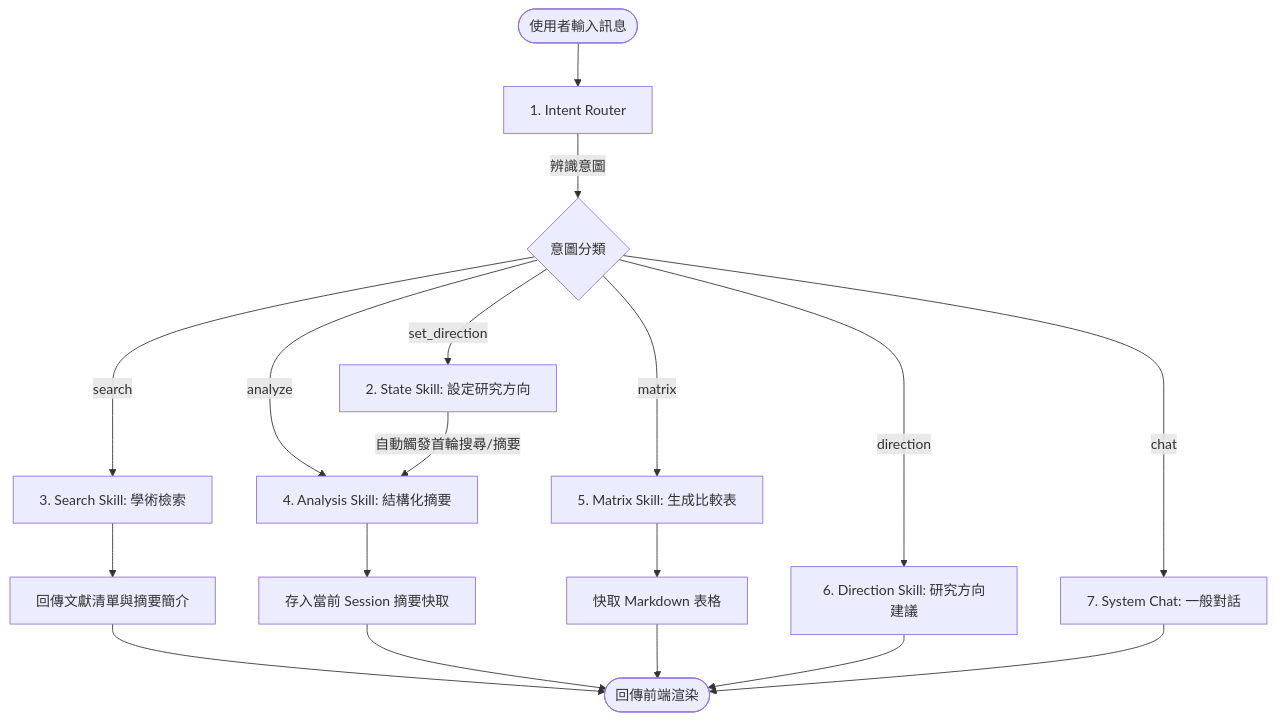
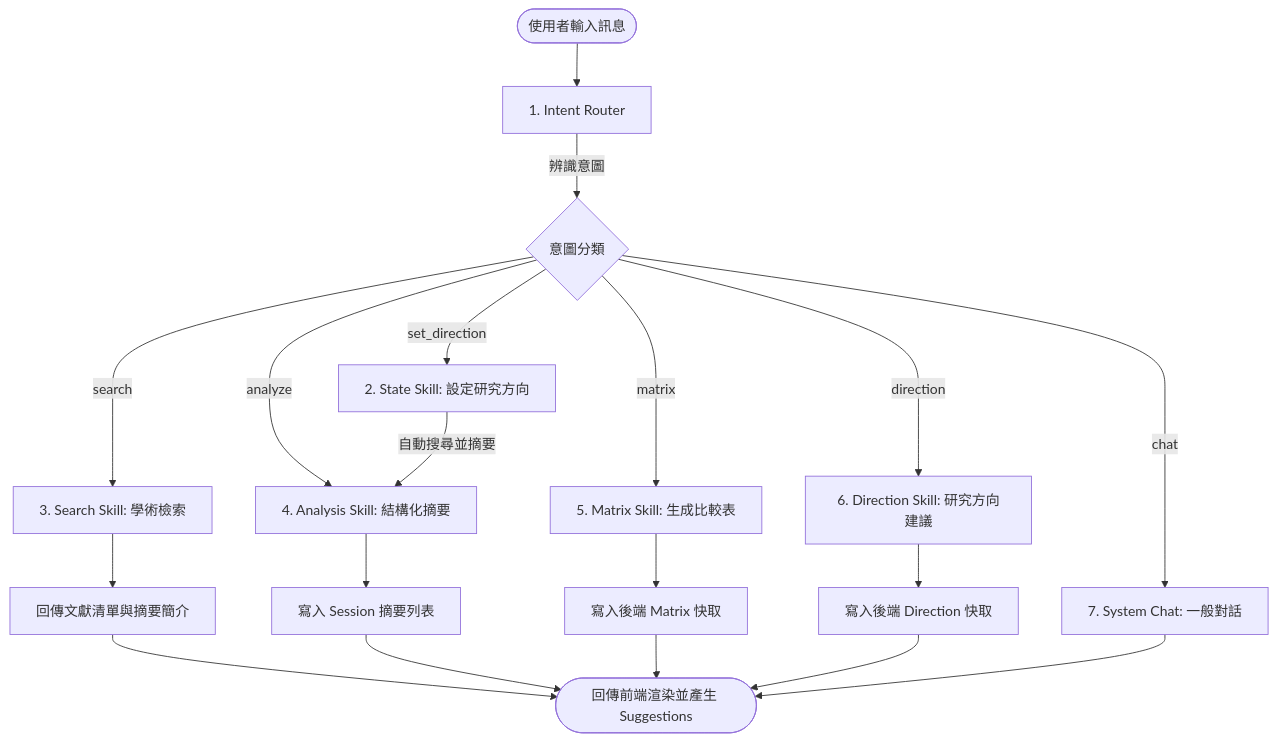
One commit to squidj193-sudo/ai-final changed the first of 4 diagrams in AGENT_WORKFLOWS.md. Above: the diagram before and after it, drawn with Mermaid. The commit also changed other lines of this file and 22 other files, not shown here.

````diff
--- a/AGENT_WORKFLOWS.md
+++ b/AGENT_WORKFLOWS.md
@@ -15,21 +15,21 @@
 ```mermaid
 graph TD
     User([使用者輸入訊息]) --> Router[1. Intent Router]
     Router -->|辨識意圖| Choice{意圖分類}
     
     %% 意圖分流
     Choice -->|set_direction| SetDir[2. State Skill: 設定研究方向]
     Choice -->|search| Search[3. Search Skill: 學術檢索]
     Choice -->|analyze| Analyze[4. Analysis Skill: 結構化摘要]
     Choice -->|matrix| Matrix[5. Matrix Skill: 生成比較表]
     Choice -->|direction| Suggest[6. Direction Skill: 研究方向建議]
     Choice -->|chat| GenChat[7. System Chat: 一般對話]
     
-    %% 技能回饋
-    SetDir -->|自動觸發首輪搜尋/摘要| Analyze
-    Search --> FormatSearch[回傳文獻清單與摘要簡介] --> Return([回傳前端渲染])
-    Analyze --> UpdateSumm[存入當前 Session 摘要快取] --> Return
-    Matrix --> CacheMatrix[快取 Markdown 表格] --> Return
-    Suggest --> Return
+    %% 技能回饋與快取寫入
+    SetDir -->|自動搜尋並摘要| Analyze
+    Search --> FormatSearch[回傳文獻清單與摘要簡介] --> Return([回傳前端渲染並產生 Suggestions])
+    Analyze --> UpdateSumm[寫入 Session 摘要列表] --> Return
+    Matrix --> CacheMatrix[寫入後端 Matrix 快取] --> Return
+    Suggest --> CacheDir[寫入後端 Direction 快取] --> Return
     GenChat --> Return
 ```
````
